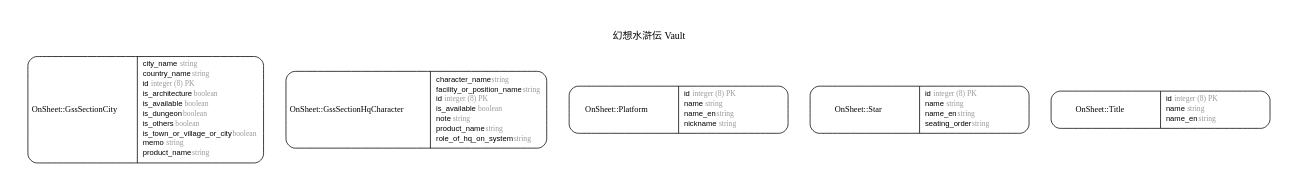
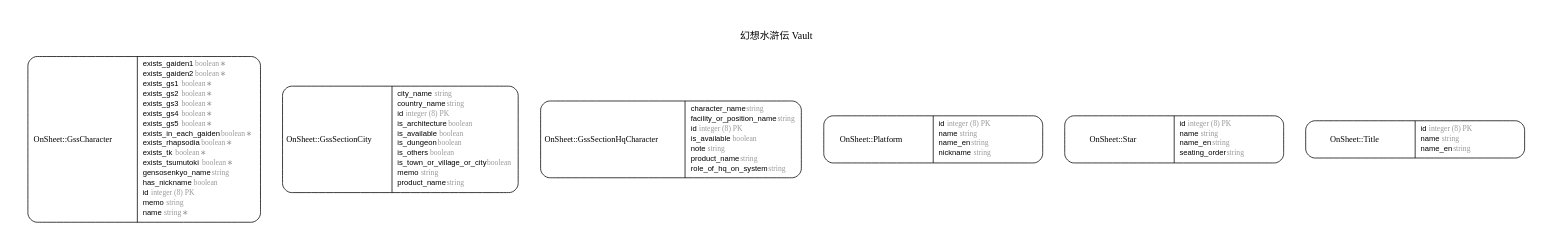
One commit to true-runes/vault changed the diagram in db/erd.dot. Above: the diagram before and after it, drawn with Graphviz. The commit also changed 13 other files, not shown here.

First line of the commit message:
feat: 🎸 OnSheet::GssCharacter のモデル、Spec、インポータ などを作成した (#62)

```diff
--- a/db/erd.dot
+++ b/db/erd.dot
@@ -1,80 +1,103 @@
 digraph Vault {
 rankdir = "LR";
 ranksep = "0.5";
 nodesep = "0.4";
 pad = "0.4,0.4";
 margin = "0,0";
 concentrate = "true";
 labelloc = "t";
 fontsize = "13";
 fontname = "Arial Bold";
 splines = "spline";
 node[ shape  =  "Mrecord" , fontsize  =  "10" , fontname  =  "Arial" , margin  =  "0.07,0.05" , penwidth  =  "1.0"];
 edge[ fontname  =  "Arial" , fontsize  =  "7" , dir  =  "both" , arrowsize  =  "0.9" , penwidth  =  "1.0" , labelangle  =  "32" , labeldistance  =  "1.8"];
 rankdir = "TB";
 label = "幻想水滸伝 Vault\n\n";
 splines = "spline";
+"m_OnSheet::GssCharacter" [label = <<table border="0" align="center" cellspacing="0.5" cellpadding="0" width="134">
+  <tr><td align="center" valign="bottom" width="130"><font face="Arial Bold" point-size="11">OnSheet::GssCharacter</font></td></tr>
+</table>
+|
+<table border="0" align="left" cellspacing="2" cellpadding="0" width="134">
+  <tr><td align="left" width="130" port="exists_gaiden1">exists_gaiden1 <font face="Arial Italic" color="grey60">boolean ∗</font></td></tr>
+  <tr><td align="left" width="130" port="exists_gaiden2">exists_gaiden2 <font face="Arial Italic" color="grey60">boolean ∗</font></td></tr>
+  <tr><td align="left" width="130" port="exists_gs1">exists_gs1 <font face="Arial Italic" color="grey60">boolean ∗</font></td></tr>
+  <tr><td align="left" width="130" port="exists_gs2">exists_gs2 <font face="Arial Italic" color="grey60">boolean ∗</font></td></tr>
+  <tr><td align="left" width="130" port="exists_gs3">exists_gs3 <font face="Arial Italic" color="grey60">boolean ∗</font></td></tr>
+  <tr><td align="left" width="130" port="exists_gs4">exists_gs4 <font face="Arial Italic" color="grey60">boolean ∗</font></td></tr>
+  <tr><td align="left" width="130" port="exists_gs5">exists_gs5 <font face="Arial Italic" color="grey60">boolean ∗</font></td></tr>
+  <tr><td align="left" width="130" port="exists_in_each_gaiden">exists_in_each_gaiden <font face="Arial Italic" color="grey60">boolean ∗</font></td></tr>
+  <tr><td align="left" width="130" port="exists_rhapsodia">exists_rhapsodia <font face="Arial Italic" color="grey60">boolean ∗</font></td></tr>
+  <tr><td align="left" width="130" port="exists_tk">exists_tk <font face="Arial Italic" color="grey60">boolean ∗</font></td></tr>
+  <tr><td align="left" width="130" port="exists_tsumutoki">exists_tsumutoki <font face="Arial Italic" color="grey60">boolean ∗</font></td></tr>
+  <tr><td align="left" width="130" port="gensosenkyo_name">gensosenkyo_name <font face="Arial Italic" color="grey60">string</font></td></tr>
+  <tr><td align="left" width="130" port="has_nickname">has_nickname <font face="Arial Italic" color="grey60">boolean</font></td></tr>
+  <tr><td align="left" width="130" port="id">id <font face="Arial Italic" color="grey60">integer (8) PK</font></td></tr>
+  <tr><td align="left" width="130" port="memo">memo <font face="Arial Italic" color="grey60">string</font></td></tr>
+  <tr><td align="left" width="130" port="name">name <font face="Arial Italic" color="grey60">string ∗</font></td></tr>
+</table>
+>];
 "m_OnSheet::GssSectionCity" [label = <<table border="0" align="center" cellspacing="0.5" cellpadding="0" width="134">
   <tr><td align="center" valign="bottom" width="130"><font face="Arial Bold" point-size="11">OnSheet::GssSectionCity</font></td></tr>
 </table>
 |
 <table border="0" align="left" cellspacing="2" cellpadding="0" width="134">
   <tr><td align="left" width="130" port="city_name">city_name <font face="Arial Italic" color="grey60">string</font></td></tr>
   <tr><td align="left" width="130" port="country_name">country_name <font face="Arial Italic" color="grey60">string</font></td></tr>
   <tr><td align="left" width="130" port="id">id <font face="Arial Italic" color="grey60">integer (8) PK</font></td></tr>
   <tr><td align="left" width="130" port="is_architecture">is_architecture <font face="Arial Italic" color="grey60">boolean</font></td></tr>
   <tr><td align="left" width="130" port="is_available">is_available <font face="Arial Italic" color="grey60">boolean</font></td></tr>
   <tr><td align="left" width="130" port="is_dungeon">is_dungeon <font face="Arial Italic" color="grey60">boolean</font></td></tr>
   <tr><td align="left" width="130" port="is_others">is_others <font face="Arial Italic" color="grey60">boolean</font></td></tr>
   <tr><td align="left" width="130" port="is_town_or_village_or_city">is_town_or_village_or_city <font face="Arial Italic" color="grey60">boolean</font></td></tr>
   <tr><td align="left" width="130" port="memo">memo <font face="Arial Italic" color="grey60">string</font></td></tr>
   <tr><td align="left" width="130" port="product_name">product_name <font face="Arial Italic" color="grey60">string</font></td></tr>
 </table>
 >];
 "m_OnSheet::GssSectionHqCharacter" [label = <<table border="0" align="center" cellspacing="0.5" cellpadding="0" width="134">
   <tr><td align="center" valign="bottom" width="130"><font face="Arial Bold" point-size="11">OnSheet::GssSectionHqCharacter</font></td></tr>
 </table>
 |
 <table border="0" align="left" cellspacing="2" cellpadding="0" width="134">
   <tr><td align="left" width="130" port="character_name">character_name <font face="Arial Italic" color="grey60">string</font></td></tr>
   <tr><td align="left" width="130" port="facility_or_position_name">facility_or_position_name <font face="Arial Italic" color="grey60">string</font></td></tr>
   <tr><td align="left" width="130" port="id">id <font face="Arial Italic" color="grey60">integer (8) PK</font></td></tr>
   <tr><td align="left" width="130" port="is_available">is_available <font face="Arial Italic" color="grey60">boolean</font></td></tr>
   <tr><td align="left" width="130" port="note">note <font face="Arial Italic" color="grey60">string</font></td></tr>
   <tr><td align="left" width="130" port="product_name">product_name <font face="Arial Italic" color="grey60">string</font></td></tr>
   <tr><td align="left" width="130" port="role_of_hq_on_system">role_of_hq_on_system <font face="Arial Italic" color="grey60">string</font></td></tr>
 </table>
 >];
 "m_OnSheet::Platform" [label = <<table border="0" align="center" cellspacing="0.5" cellpadding="0" width="134">
   <tr><td align="center" valign="bottom" width="130"><font face="Arial Bold" point-size="11">OnSheet::Platform</font></td></tr>
 </table>
 |
 <table border="0" align="left" cellspacing="2" cellpadding="0" width="134">
   <tr><td align="left" width="130" port="id">id <font face="Arial Italic" color="grey60">integer (8) PK</font></td></tr>
   <tr><td align="left" width="130" port="name">name <font face="Arial Italic" color="grey60">string</font></td></tr>
   <tr><td align="left" width="130" port="name_en">name_en <font face="Arial Italic" color="grey60">string</font></td></tr>
   <tr><td align="left" width="130" port="nickname">nickname <font face="Arial Italic" color="grey60">string</font></td></tr>
 </table>
 >];
 "m_OnSheet::Star" [label = <<table border="0" align="center" cellspacing="0.5" cellpadding="0" width="134">
   <tr><td align="center" valign="bottom" width="130"><font face="Arial Bold" point-size="11">OnSheet::Star</font></td></tr>
 </table>
 |
 <table border="0" align="left" cellspacing="2" cellpadding="0" width="134">
   <tr><td align="left" width="130" port="id">id <font face="Arial Italic" color="grey60">integer (8) PK</font></td></tr>
   <tr><td align="left" width="130" port="name">name <font face="Arial Italic" color="grey60">string</font></td></tr>
   <tr><td align="left" width="130" port="name_en">name_en <font face="Arial Italic" color="grey60">string</font></td></tr>
   <tr><td align="left" width="130" port="seating_order">seating_order <font face="Arial Italic" color="grey60">string</font></td></tr>
 </table>
 >];
 "m_OnSheet::Title" [label = <<table border="0" align="center" cellspacing="0.5" cellpadding="0" width="134">
   <tr><td align="center" valign="bottom" width="130"><font face="Arial Bold" point-size="11">OnSheet::Title</font></td></tr>
 </table>
 |
 <table border="0" align="left" cellspacing="2" cellpadding="0" width="134">
   <tr><td align="left" width="130" port="id">id <font face="Arial Italic" color="grey60">integer (8) PK</font></td></tr>
   <tr><td align="left" width="130" port="name">name <font face="Arial Italic" color="grey60">string</font></td></tr>
   <tr><td align="left" width="130" port="name_en">name_en <font face="Arial Italic" color="grey60">string</font></td></tr>
 </table>
 >];
 }
```
